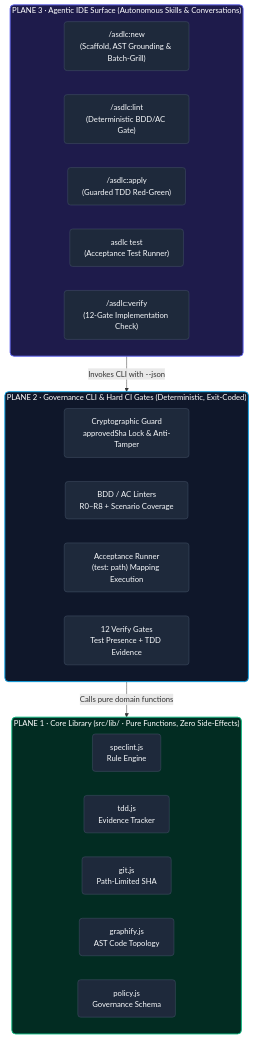
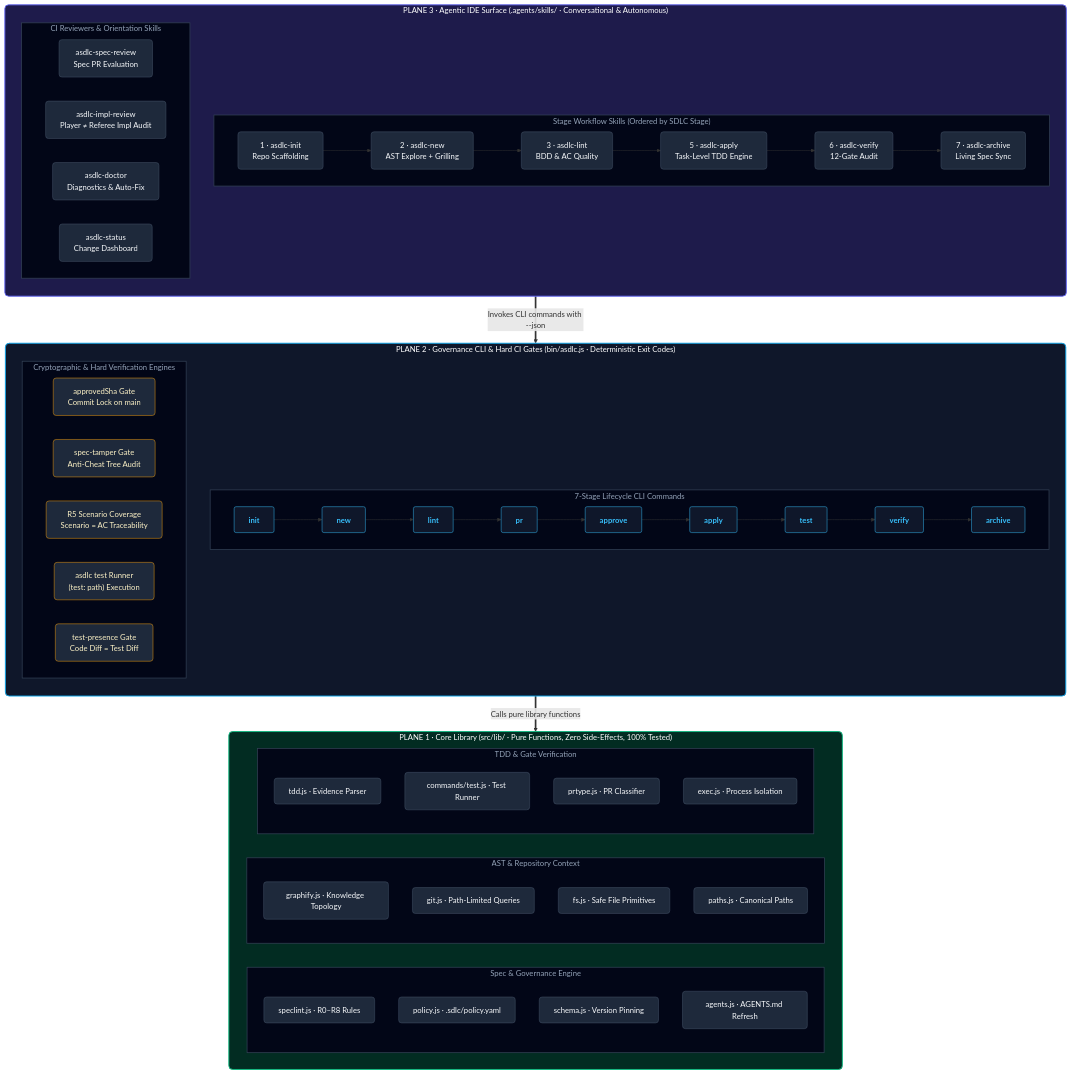
Before and after one commit to akjamie/agentic-sdlc: the first of 3 diagrams in README.md, drawn with Mermaid.

Commit message:
style(readme): sort Three-Plane Architecture blocks with stage-ordered chains and domain subcards

````diff
--- a/README.md
+++ b/README.md
@@ -55,41 +55,88 @@
 ```mermaid
 flowchart TD
-    subgraph P3 ["PLANE 3 · Agentic IDE Surface (Autonomous Skills & Conversations)"]
-        direction LR
-        S_NEW["/asdlc:new<br/>(Scaffold, AST Grounding & Batch-Grill)"]
-        S_LINT["/asdlc:lint<br/>(Deterministic BDD/AC Gate)"]
-        S_APPLY["/asdlc:apply<br/>(Guarded TDD Red-Green)"]
-        S_TEST["asdlc test<br/>(Acceptance Test Runner)"]
-        S_VERIFY["/asdlc:verify<br/>(12-Gate Implementation Check)"]
+    subgraph P3 ["PLANE 3 · Agentic IDE Surface (.agents/skills/ · Conversational & Autonomous)"]
+        direction TB
+        subgraph P3_STAGES ["Stage Workflow Skills (Ordered by SDLC Stage)"]
+            direction LR
+            SK_INIT["1 · asdlc-init<br/>Repo Scaffolding"] --> SK_NEW["2 · asdlc-new<br/>AST Explore + Grilling"]
+            SK_NEW --> SK_LINT["3 · asdlc-lint<br/>BDD & AC Quality"]
+            SK_LINT --> SK_APPLY["5 · asdlc-apply<br/>Task-Level TDD Engine"]
+            SK_APPLY --> SK_VERIFY["6 · asdlc-verify<br/>12-Gate Audit"]
+            SK_VERIFY --> SK_ARCHIVE["7 · asdlc-archive<br/>Living Spec Sync"]
+        end
+        subgraph P3_REVIEWS ["CI Reviewers & Orientation Skills"]
+            direction LR
+            SK_SPECREV["asdlc-spec-review<br/>Spec PR Evaluation"]
+            SK_IMPLREV["asdlc-impl-review<br/>Player ≠ Referee Impl Audit"]
+            SK_DOCTOR["asdlc-doctor<br/>Diagnostics & Auto-Fix"]
+            SK_STATUS["asdlc-status<br/>Change Dashboard"]
+        end
     end
 
-    subgraph P2 ["PLANE 2 · Governance CLI & Hard CI Gates (Deterministic, Exit-Coded)"]
-        direction LR
-        C_GUARD["Cryptographic Guard<br/>approvedSha Lock & Anti-Tamper"]
-        C_LINT["BDD / AC Linters<br/>R0–R8 + Scenario Coverage"]
-        C_RUNNER["Acceptance Runner<br/>(test: path) Mapping Execution"]
-        C_VERIFY["12 Verify Gates<br/>Test Presence + TDD Evidence"]
+    subgraph P2 ["PLANE 2 · Governance CLI & Hard CI Gates (bin/asdlc.js · Deterministic Exit Codes)"]
+        direction TB
+        subgraph P2_STAGES ["7-Stage Lifecycle CLI Commands"]
+            direction LR
+            CMD_INIT["init"] --> CMD_NEW["new"]
+            CMD_NEW --> CMD_LINT["lint"]
+            CMD_LINT --> CMD_PR["pr"]
+            CMD_PR --> CMD_APPROVE["approve"]
+            CMD_APPROVE --> CMD_APPLY["apply"]
+            CMD_APPLY --> CMD_TEST["test"]
+            CMD_TEST --> CMD_VERIFY["verify"]
+            CMD_VERIFY --> CMD_ARCHIVE["archive"]
+        end
+        subgraph P2_GATES ["Cryptographic & Hard Verification Engines"]
+            direction LR
+            G_LOCK["approvedSha Gate<br/>Commit Lock on main"]
+            G_TAMPER["spec-tamper Gate<br/>Anti-Cheat Tree Audit"]
+            G_COV["R5 Scenario Coverage<br/>Scenario = AC Traceability"]
+            G_RUNNER["asdlc test Runner<br/>(test: path) Execution"]
+            G_PRESENCE["test-presence Gate<br/>Code Diff = Test Diff"]
+        end
     end
 
-    subgraph P1 ["PLANE 1 · Core Library (src/lib/ · Pure Functions, Zero Side-Effects)"]
+    subgraph P1 ["PLANE 1 · Core Library (src/lib/ · Pure Functions, Zero Side-Effects, 100% Tested)"]
         direction LR
-        L_SPEC["speclint.js<br/>Rule Engine"]
-        L_TDD["tdd.js<br/>Evidence Tracker"]
-        L_GIT["git.js<br/>Path-Limited SHA"]
-        L_GRAPH["graphify.js<br/>AST Code Topology"]
-        L_POLICY["policy.js<br/>Governance Schema"]
+        subgraph P1_GOV ["Spec & Governance Engine"]
+            direction TB
+            M_LINT["speclint.js · R0–R8 Rules"]
+            M_POLICY["policy.js · .sdlc/policy.yaml"]
+            M_SCHEMA["schema.js · Version Pinning"]
+            M_AGENTS["agents.js · AGENTS.md Refresh"]
+        end
+        subgraph P1_GRAPH ["AST & Repository Context"]
+            direction TB
+            M_GRAPH["graphify.js · Knowledge Topology"]
+            M_GIT["git.js · Path-Limited Queries"]
+            M_FS["fs.js · Safe File Primitives"]
+            M_PATHS["paths.js · Canonical Paths"]
+        end
+        subgraph P1_EXEC ["TDD & Gate Verification"]
+            direction TB
+            M_TDD["tdd.js · Evidence Parser"]
+            M_TEST["commands/test.js · Test Runner"]
+            M_PRTYPE["prtype.js · PR Classifier"]
+            M_EXEC["exec.js · Process Isolation"]
+        end
     end
 
-    P3 -->|"Invokes CLI with --json"| P2
-    P2 -->|"Calls pure domain functions"| P1
+    P3 ==>|"Invokes CLI commands with --json"| P2
+    P2 ==>|"Calls pure library functions"| P1
 
     classDef p3Style fill:#1e1b4b,stroke:#6366f1,stroke-width:2px,color:#ffffff,rx:8px,ry:8px;
     classDef p2Style fill:#0f172a,stroke:#0ea5e9,stroke-width:2px,color:#ffffff,rx:8px,ry:8px;
     classDef p1Style fill:#022c22,stroke:#10b981,stroke-width:2px,color:#ffffff,rx:8px,ry:8px;
+    classDef subCard fill:#020617,stroke:#334155,stroke-width:1.5px,color:#94a3b8;
     classDef nodeStyle fill:#1e293b,stroke:#475569,stroke-width:1px,color:#f8fafc,rx:6px,ry:6px;
+    classDef cmdStyle fill:#0f172a,stroke:#38bdf8,stroke-width:1px,color:#38bdf8,font-weight:bold,rx:4px,ry:4px;
+    classDef gateCard fill:#1e293b,stroke:#f59e0b,stroke-width:1px,color:#fef3c7,rx:6px,ry:6px;
 
     class P3 p3Style;
     class P2 p2Style;
     class P1 p1Style;
-    class S_NEW,S_LINT,S_APPLY,S_TEST,S_VERIFY,C_GUARD,C_LINT,C_RUNNER,C_VERIFY,L_SPEC,L_TDD,L_GIT,L_GRAPH,L_POLICY nodeStyle;
+    class P3_STAGES,P3_REVIEWS,P2_STAGES,P2_GATES,P1_GOV,P1_GRAPH,P1_EXEC subCard;
+    class SK_INIT,SK_NEW,SK_LINT,SK_APPLY,SK_VERIFY,SK_ARCHIVE,SK_SPECREV,SK_IMPLREV,SK_DOCTOR,SK_STATUS,M_LINT,M_POLICY,M_SCHEMA,M_AGENTS,M_GRAPH,M_GIT,M_FS,M_PATHS,M_TDD,M_TEST,M_PRTYPE,M_EXEC nodeStyle;
+    class CMD_INIT,CMD_NEW,CMD_LINT,CMD_PR,CMD_APPROVE,CMD_APPLY,CMD_TEST,CMD_VERIFY,CMD_ARCHIVE cmdStyle;
+    class G_LOCK,G_TAMPER,G_COV,G_RUNNER,G_PRESENCE gateCard;
 ```
````
